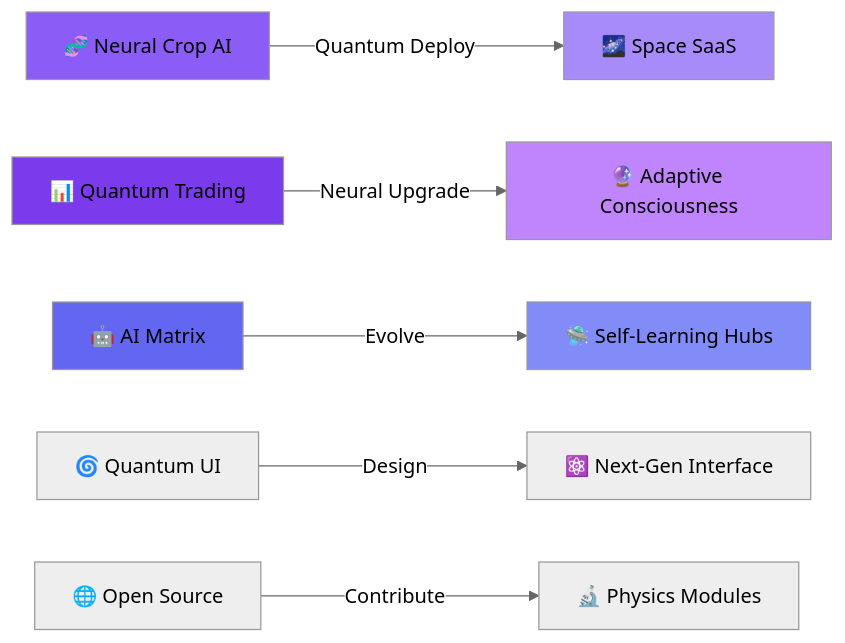
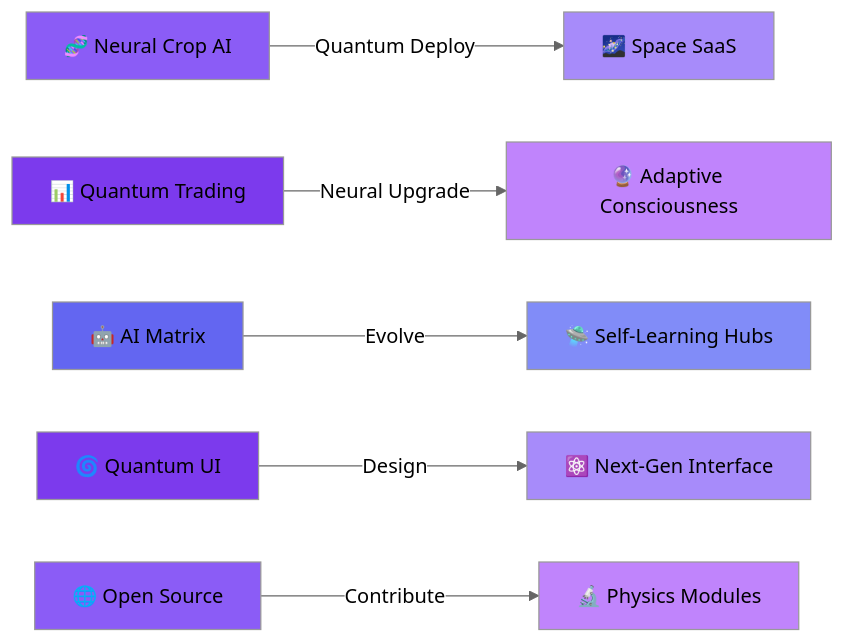
The diagram in README.md (technosaran/technosaran), drawn with Mermaid (neutral theme) before and after one commit.

Commit message:
Add consistent styling to all Mermaid diagram nodes

````diff
--- a/README.md
+++ b/README.md
@@ -244,15 +244,19 @@
 ```mermaid
 graph LR
     A[🧬 Neural Crop AI] -->|Quantum Deploy| B[🌌 Space SaaS]
     C[📊 Quantum Trading] -->|Neural Upgrade| D[🔮 Adaptive Consciousness]
     E[🤖 AI Matrix] -->|Evolve| F[🛸 Self-Learning Hubs]
     G[🌀 Quantum UI] -->|Design| H[⚛️ Next-Gen Interface]
     I[🌐 Open Source] -->|Contribute| J[🔬 Physics Modules]
     
     style A fill:#8B5CF6
     style B fill:#A78BFA
     style C fill:#7C3AED
     style D fill:#C084FC
     style E fill:#6366F1
     style F fill:#818CF8
+    style G fill:#7C3AED
+    style H fill:#A78BFA
+    style I fill:#8B5CF6
+    style J fill:#C084FC
 ```
````
